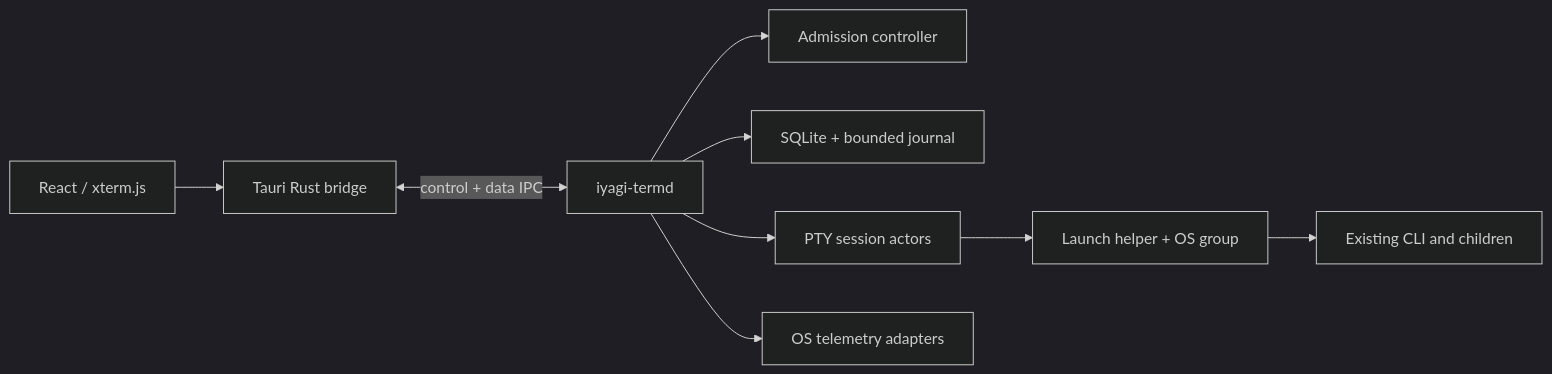
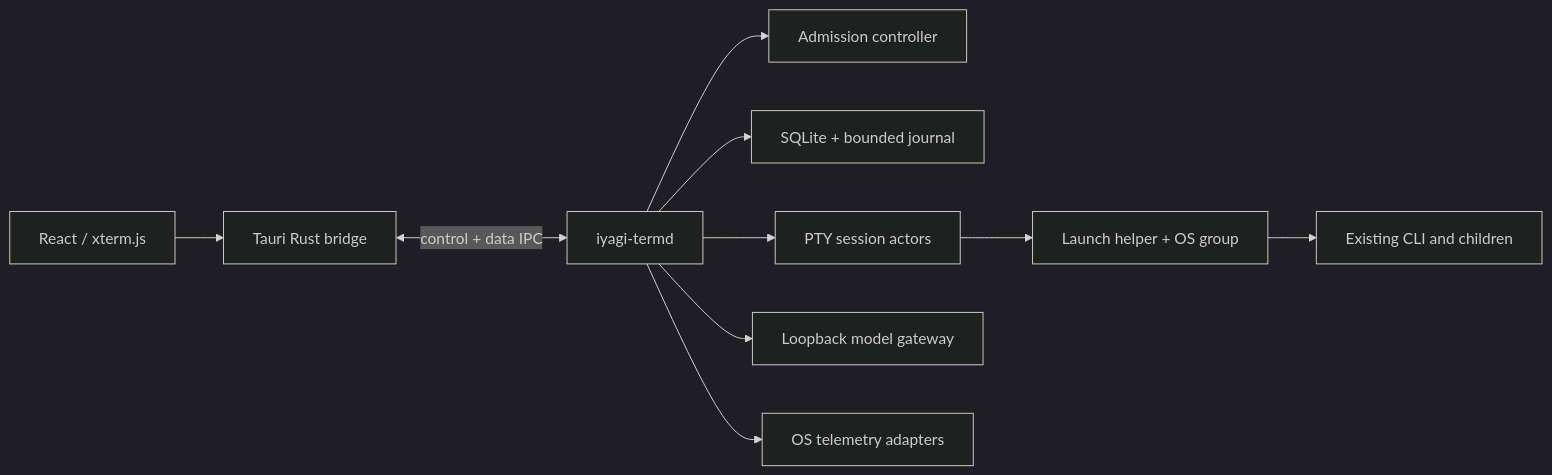
The diagram in README.md (sh2orc/iyagi-term), drawn with Mermaid (dark theme) before and after one commit. The commit also changed other lines of this file and 11 other files, not shown here.

````diff
--- a/README.md
+++ b/README.md
@@ -263,11 +265,12 @@
 ```mermaid
 flowchart LR
   X[React / xterm.js] --> T[Tauri Rust bridge]
   T <-->|control + data IPC| D[iyagi-termd]
   D --> A[Admission controller]
   D --> J[SQLite + bounded journal]
   D --> P[PTY session actors]
+  D --> W[Loopback model gateway]
   P --> G[Launch helper + OS group]
   G --> C[Existing CLI and children]
   D --> M[OS telemetry adapters]
 ```
````
